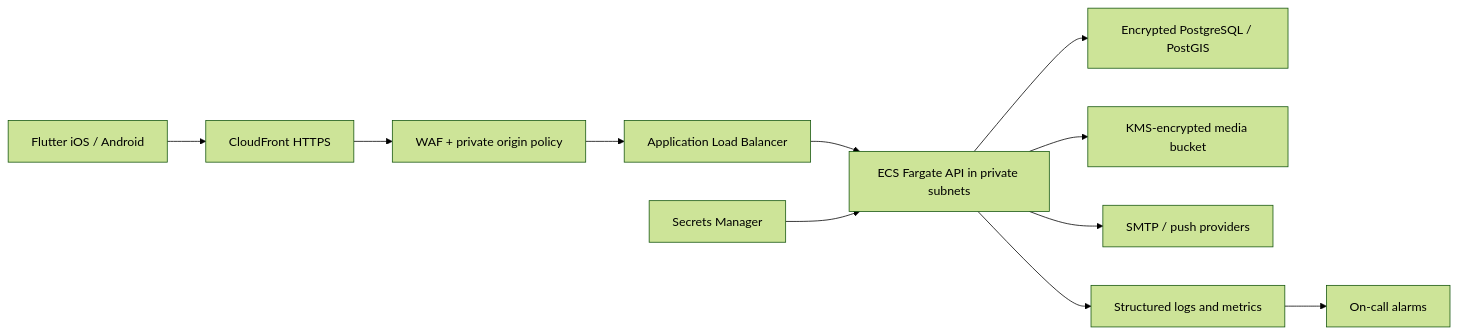
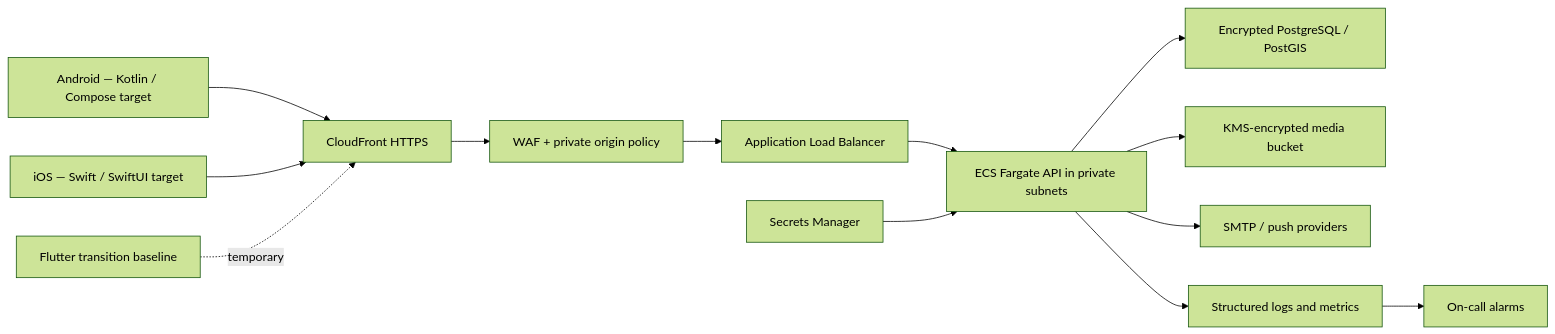
The diagram in docs/architecture.md (deec84/Total-solutions-enterprises), drawn with Mermaid (forest theme) before and after one commit. The commit also changed other lines of this file and 30 other files, not shown here.

````diff
--- a/docs/architecture.md
+++ b/docs/architecture.md
@@ -39,13 +39,15 @@
 ```mermaid
 flowchart LR
-    M["Flutter iOS / Android"] --> CF["CloudFront HTTPS"]
+    A["Android — Kotlin / Compose target"] --> CF["CloudFront HTTPS"]
+    I["iOS — Swift / SwiftUI target"] --> CF
+    F["Flutter transition baseline"] -. temporary .-> CF
     CF --> WAF["WAF + private origin policy"]
     WAF --> ALB["Application Load Balancer"]
     ALB --> ECS["ECS Fargate API in private subnets"]
     ECS --> RDS["Encrypted PostgreSQL / PostGIS"]
     ECS --> S3["KMS-encrypted media bucket"]
     ECS --> P["SMTP / push providers"]
     ECS --> CW["Structured logs and metrics"]
     CW --> SNS["On-call alarms"]
     SM["Secrets Manager"] --> ECS
 ```
````
